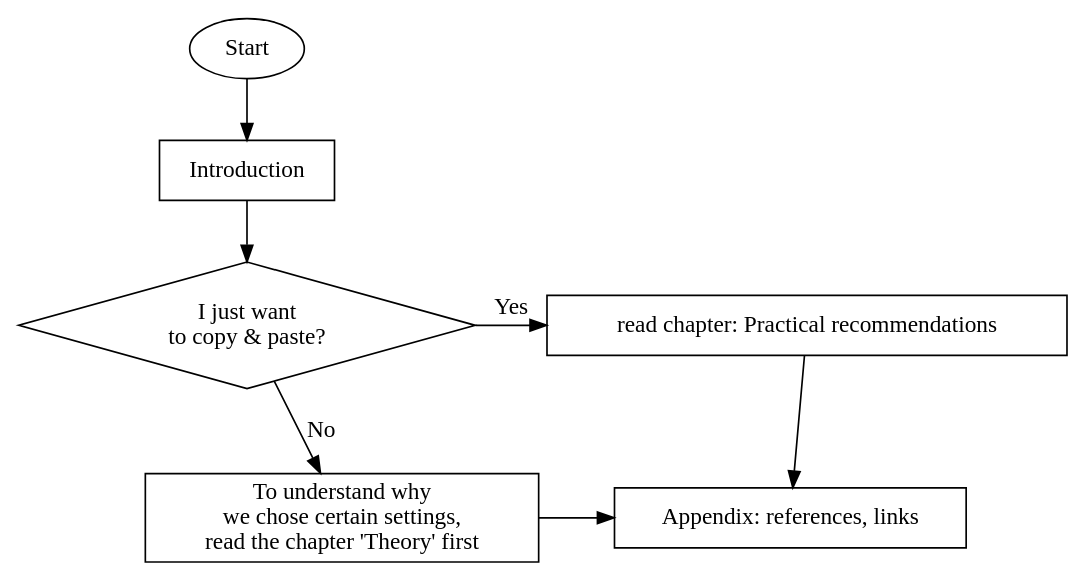
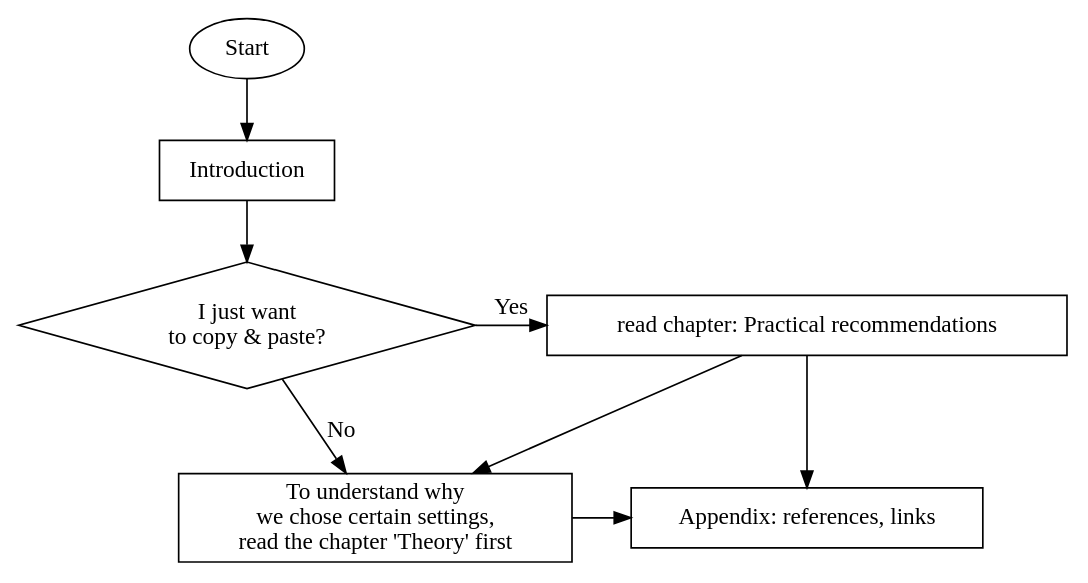
Before and after one commit to BetterCrypto/Applied-Crypto-Hardening: the diagram in src/img/howtoread.dot, drawn with Graphviz. The commit also changed 1 other file, not shown here.

Commit message:
how to read flow graph

```diff
--- a/src/img/howtoread.dot
+++ b/src/img/howtoread.dot
@@ -1,23 +1,24 @@
 digraph {
 start [label="Start"];
 
 start -> intro; 
 
 intro [shape=box, label="Introduction"];
 intro -> decision;
 
 decision [shape=diamond, label="I just want\nto copy & paste?"];
 Practical [shape=box, label="read chapter: Practical recommendations"];
 Theory [shape=box, label="To understand why\nwe chose certain settings,\n read the chapter 'Theory' first"];
 
 decision -> Practical [label="Yes"];
 decision -> Theory [label="No"];
 Theory -> Appendix;
 Practical -> Appendix;
+Practical -> Theory;
 
 Appendix [shape=box, label="Appendix: references, links"]
 
 { rank=same; decision; Practical }
 { rank=same; Theory; Appendix }
 
 }
```
